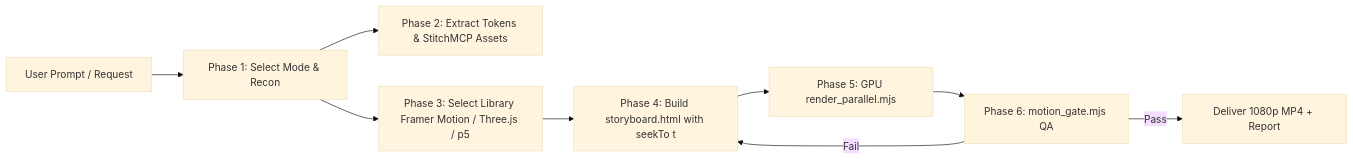
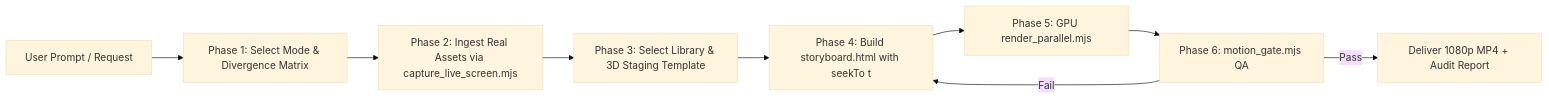
Before and after one commit to AhmedNasser-bug/codebase-motion-graphics: the diagram in SKILL.md, drawn with Mermaid (base theme). The commit also changed other lines of this file and 9 other files, not shown here.

Commit message:
feat: add photorealistic 3D MacBook and iPhone rigs, Playwright live capture, and mode divergence rules

````diff
--- a/SKILL.md
+++ b/SKILL.md
@@ -69,11 +99,11 @@
 ```mermaid
 flowchart LR
-  A[User Prompt / Request] --> B[Phase 1: Select Mode & Recon]
-  B --> C[Phase 2: Extract Tokens & StitchMCP Assets]
-  B --> D[Phase 3: Select Library Framer Motion / Three.js / p5]
+  A[User Prompt / Request] --> B[Phase 1: Select Mode & Divergence Matrix]
+  B --> C[Phase 2: Ingest Real Assets via capture_live_screen.mjs]
+  C --> D[Phase 3: Select Library & 3D Staging Template]
   D --> E[Phase 4: Build storyboard.html with seekTo t]
   E --> F[Phase 5: GPU render_parallel.mjs]
   F --> G[Phase 6: motion_gate.mjs QA]
-  G -->|Pass| H[Deliver 1080p MP4 + Report]
+  G -->|Pass| H[Deliver 1080p MP4 + Audit Report]
   G -->|Fail| E
 ```
````
